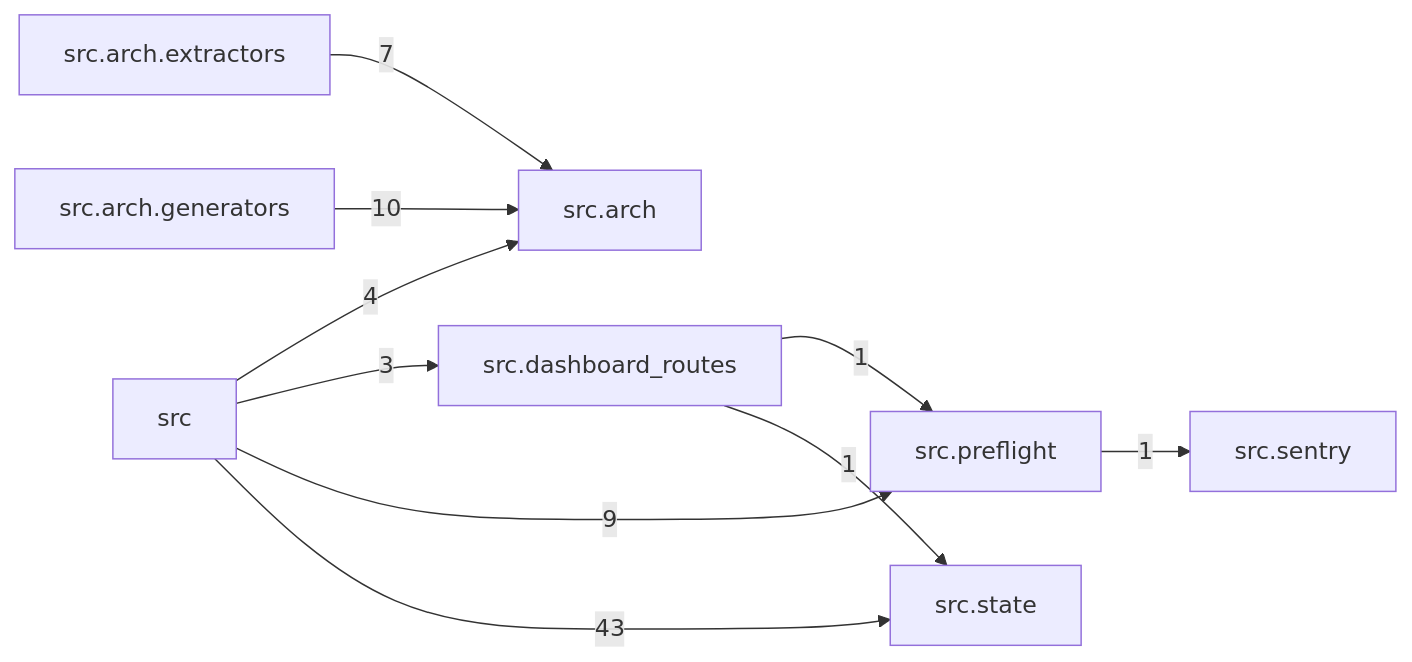
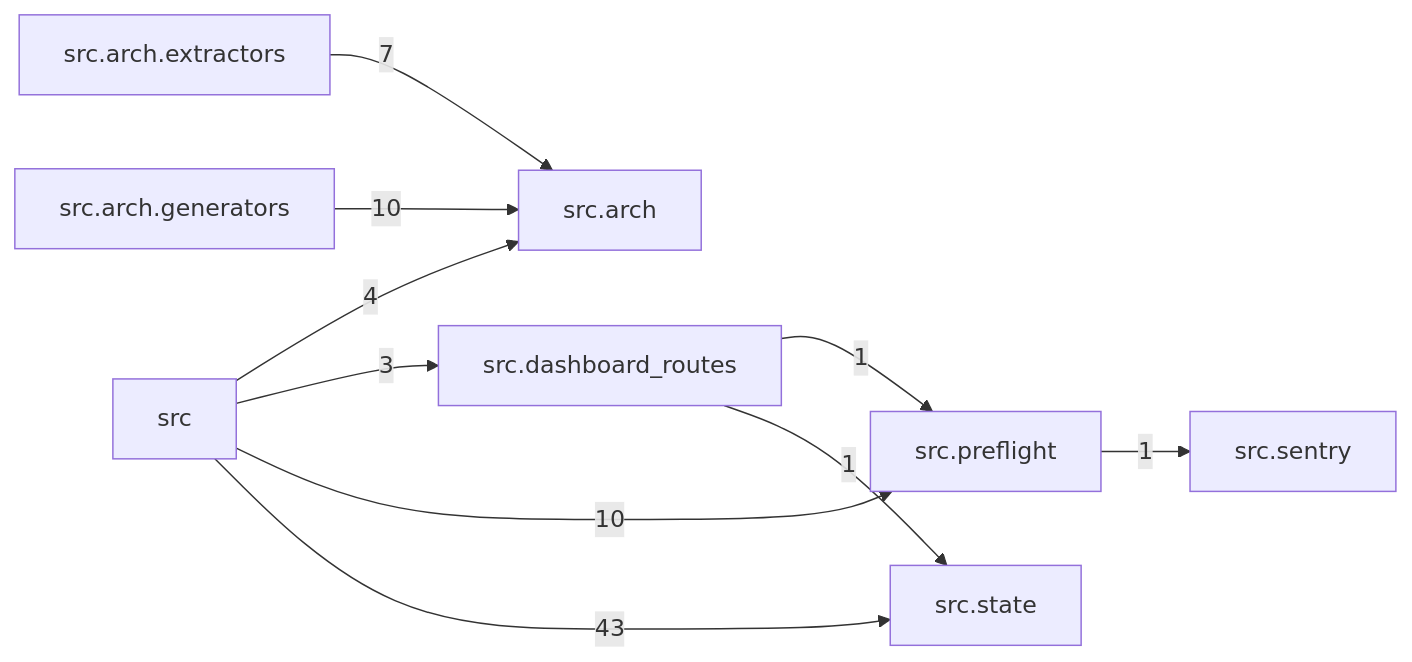
The diagram in docs/arch/generated/modules.md (T-rav/hydraflow), drawn with Mermaid before and after one commit. The commit also changed other lines of this file and 17 other files, not shown here.

````diff
--- a/docs/arch/generated/modules.md
+++ b/docs/arch/generated/modules.md
@@ -7,20 +7,20 @@
 ```mermaid
 graph LR
     src["src"]
     src_arch["src.arch"]
     src_arch_extractors["src.arch.extractors"]
     src_arch_generators["src.arch.generators"]
     src_dashboard_routes["src.dashboard_routes"]
     src_preflight["src.preflight"]
     src_sentry["src.sentry"]
     src_state["src.state"]
     src -- "4" --> src_arch
     src -- "3" --> src_dashboard_routes
-    src -- "9" --> src_preflight
+    src -- "10" --> src_preflight
     src -- "43" --> src_state
     src_arch_extractors -- "7" --> src_arch
     src_arch_generators -- "10" --> src_arch
     src_dashboard_routes -- "1" --> src_preflight
     src_dashboard_routes -- "1" --> src_state
     src_preflight -- "1" --> src_sentry
 ```
````
